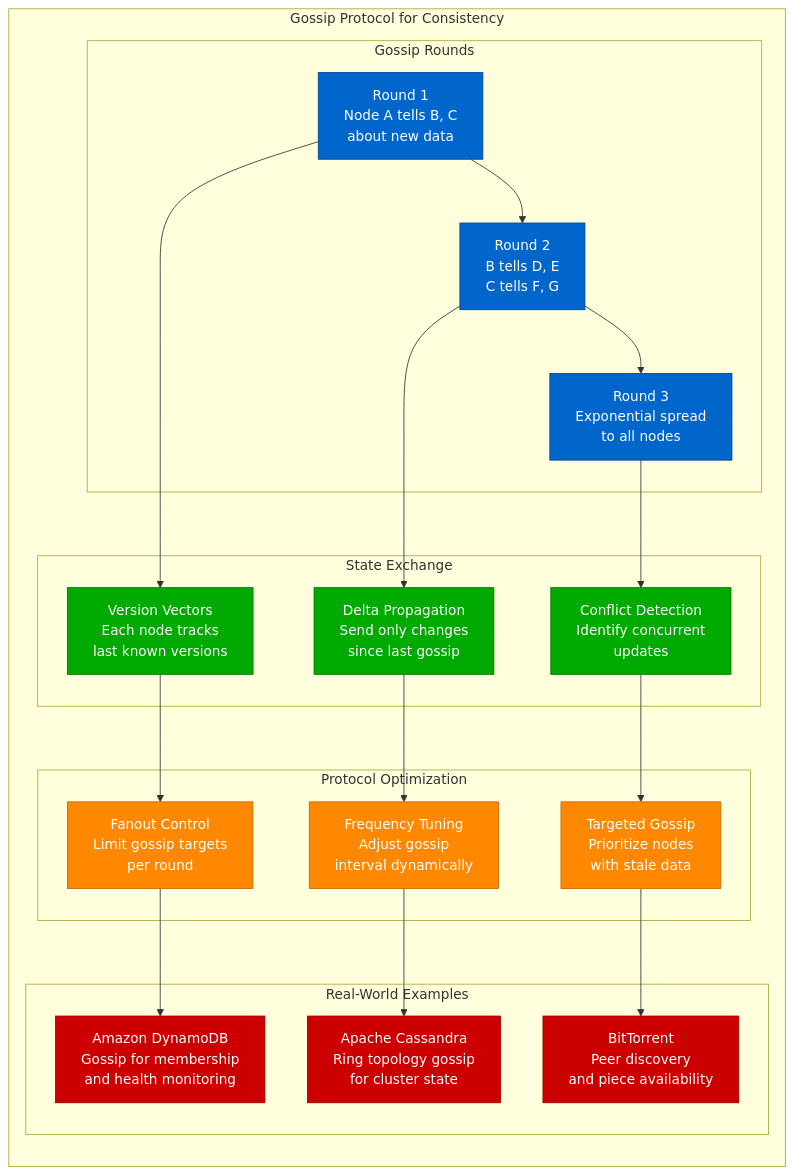
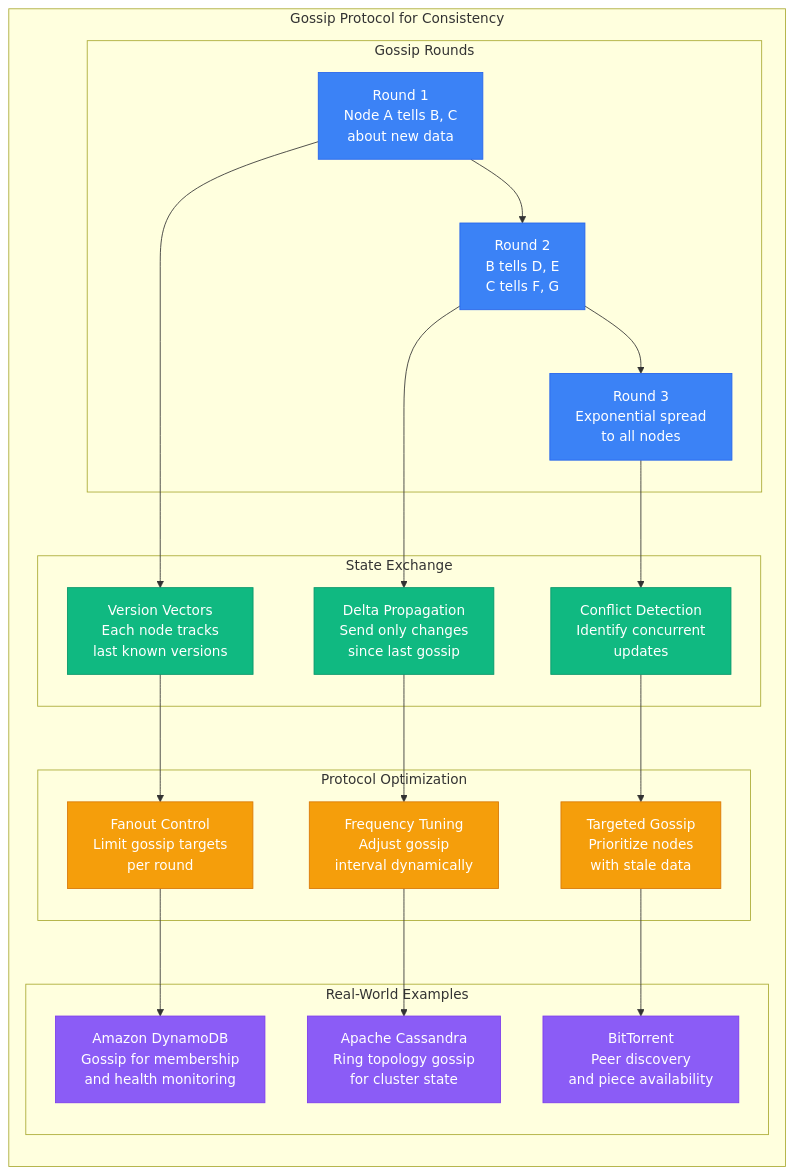
The fourth of 9 diagrams in site/docs/guarantees/eventual-consistency/eventual-consistency-patterns.md (deepaucksharma/DS), drawn with Mermaid before and after one commit. The commit also changed other lines of this file and 303 other files, not shown here.

````diff
--- a/site/docs/guarantees/eventual-consistency/eventual-consistency-patterns.md
+++ b/site/docs/guarantees/eventual-consistency/eventual-consistency-patterns.md
@@ -169,51 +169,51 @@
 ```mermaid
 graph LR
     subgraph GossipProtocol[Gossip Protocol for Consistency]
         subgraph GossipRounds[Gossip Rounds]
             GR1[Round 1<br/>Node A tells B, C<br/>about new data]
             GR2[Round 2<br/>B tells D, E<br/>C tells F, G]
             GR3[Round 3<br/>Exponential spread<br/>to all nodes]
         end
 
         subgraph StateExchange[State Exchange]
             SE1[Version Vectors<br/>Each node tracks<br/>last known versions]
             SE2[Delta Propagation<br/>Send only changes<br/>since last gossip]
             SE3[Conflict Detection<br/>Identify concurrent<br/>updates]
         end
 
         subgraph ProtocolOptimization[Protocol Optimization]
             PO1[Fanout Control<br/>Limit gossip targets<br/>per round]
             PO2[Frequency Tuning<br/>Adjust gossip<br/>interval dynamically]
             PO3[Targeted Gossip<br/>Prioritize nodes<br/>with stale data]
         end
 
         subgraph RealWorldExamples[Real-World Examples]
             RW1[Amazon DynamoDB<br/>Gossip for membership<br/>and health monitoring]
             RW2[Apache Cassandra<br/>Ring topology gossip<br/>for cluster state]
             RW3[BitTorrent<br/>Peer discovery<br/>and piece availability]
         end
     end
 
     GR1 --> GR2 --> GR3
     GR1 --> SE1
     GR2 --> SE2
     GR3 --> SE3
 
     SE1 --> PO1
     SE2 --> PO2
     SE3 --> PO3
 
     PO1 --> RW1
     PO2 --> RW2
     PO3 --> RW3
 
-    classDef roundStyle fill:#0066CC,stroke:#004499,color:#fff
-    classDef stateStyle fill:#00AA00,stroke:#007700,color:#fff
-    classDef optimizeStyle fill:#FF8800,stroke:#CC6600,color:#fff
-    classDef exampleStyle fill:#CC0000,stroke:#990000,color:#fff
+    classDef roundStyle fill:#3B82F6,stroke:#2563EB,color:#fff
+    classDef stateStyle fill:#10B981,stroke:#059669,color:#fff
+    classDef optimizeStyle fill:#F59E0B,stroke:#D97706,color:#fff
+    classDef exampleStyle fill:#8B5CF6,stroke:#7C3AED,color:#fff
 
     class GR1,GR2,GR3 roundStyle
     class SE1,SE2,SE3 stateStyle
     class PO1,PO2,PO3 optimizeStyle
     class RW1,RW2,RW3 exampleStyle
 ```
````
